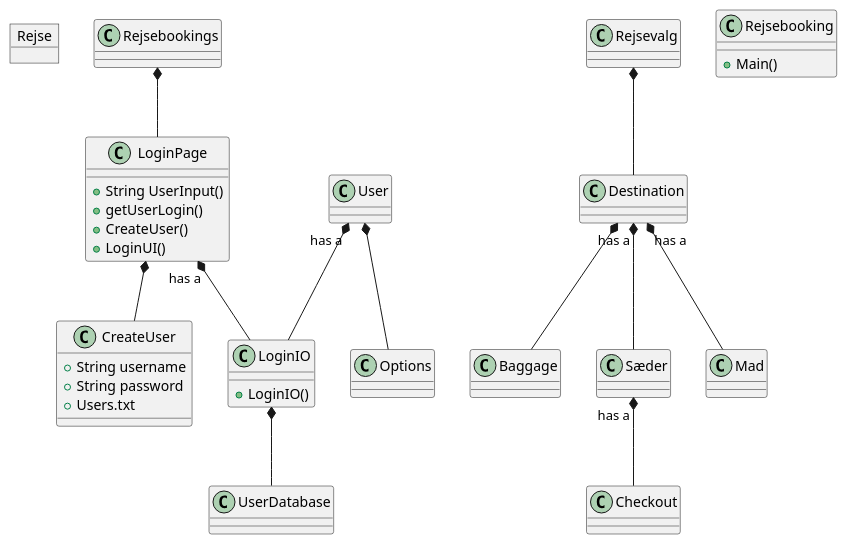
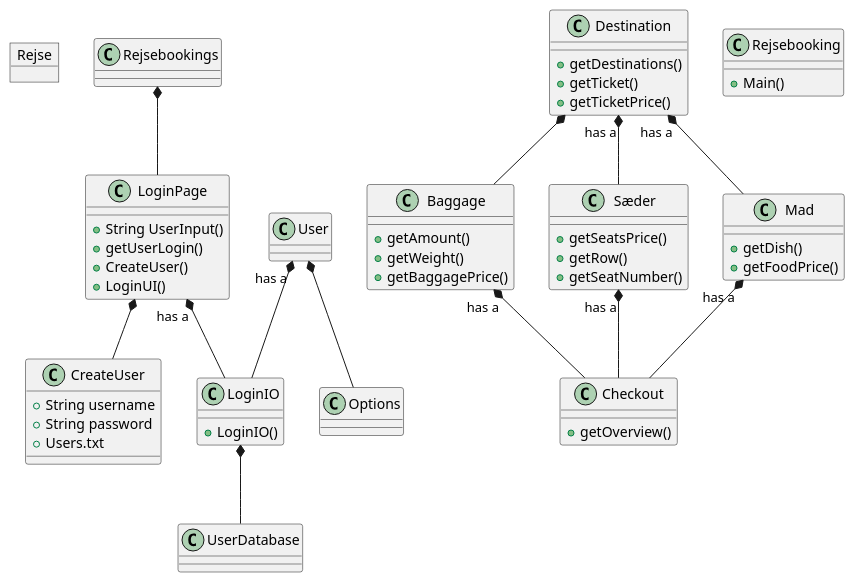
The diagram in Java/Rejse.puml (Maakasu/ICE-Project), drawn with PlantUML before and after one commit.

```diff
--- a/Java/Rejse.puml
+++ b/Java/Rejse.puml
@@ -1,30 +1,45 @@
 @startuml
 'https://plantuml.com/sequence-diagram
 object Rejse
 
 Rejsebookings *-- LoginPage
 LoginPage *-- CreateUser
 LoginPage "has a" *-- LoginIO
 User "has a"*-- LoginIO
 User *-- Options
-Rejsevalg *-- Destination
+
 Destination *-- Baggage
 Destination "has a" *-- Sæder
 Destination "has a" *-- Mad
 Sæder "has a" *-- Checkout
+Baggage "has a" *-- Checkout
+Mad "has a" *-- Checkout
+
 Rejsebooking : + Main()
 CreateUser : + String username
 CreateUser : + String password
 CreateUser : + Users.txt
 LoginPage : + String UserInput()
 LoginPage : + getUserLogin()
 LoginPage : + CreateUser()
 LoginPage : + LoginUI()
 LoginIO : + LoginIO()
 LoginIO *-- UserDatabase
+Destination : + getDestinations()
+Destination : + getTicket()
+Destination : + getTicketPrice()
+Baggage : + getAmount()
+Baggage : + getWeight()
+Baggage : + getBaggagePrice()
+Sæder : + getSeatsPrice()
+Sæder : + getRow()
+Sæder : + getSeatNumber()
+Mad : + getDish()
+Mad : + getFoodPrice()
+Checkout : + getOverview()
 
 
 
 
 
 @enduml
```
